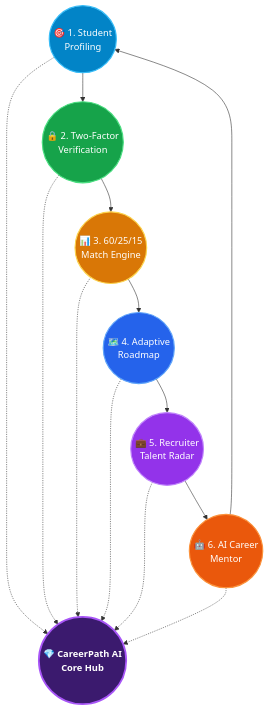
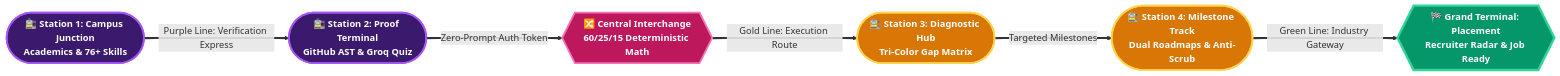
The first of 5 diagrams in docs/PPT-CONTENT.md (parthpatil1234p-svg/careerpath-ai), drawn with Mermaid before and after one commit. The commit also changed other lines of this file and 13 other files, not shown here.

Commit message:
feat(security): implement client-side encrypted storage and anti-cheating lock engine

````diff
--- a/docs/PPT-CONTENT.md
+++ b/docs/PPT-CONTENT.md
@@ -37,26 +37,21 @@
 ```mermaid
-flowchart TD
-    classDef hub fill:#3B1A6E,stroke:#A855F7,stroke-width:3px,color:#FFFFFF,font-weight:bold;
-    classDef profile fill:#0284C7,stroke:#38BDF8,stroke-width:2px,color:#FFFFFF;
-    classDef verify fill:#16A34A,stroke:#4ADE80,stroke-width:2px,color:#FFFFFF;
-    classDef math fill:#D97706,stroke:#FCD34D,stroke-width:2px,color:#FFFFFF;
-    classDef roadmap fill:#2563EB,stroke:#60A5FA,stroke-width:2px,color:#FFFFFF;
-    classDef recruiter fill:#9333EA,stroke:#C084FC,stroke-width:2px,color:#FFFFFF;
-    classDef mentor fill:#EA580C,stroke:#FB923C,stroke-width:2px,color:#FFFFFF;
+flowchart LR
+    classDef purpleLine fill:#3B1A6E,stroke:#A855F7,stroke-width:3px,color:#FFFFFF,font-weight:bold;
+    classDef goldLine fill:#D97706,stroke:#FCD34D,stroke-width:3px,color:#FFFFFF,font-weight:bold;
+    classDef greenLine fill:#16A34A,stroke:#4ADE80,stroke-width:3px,color:#FFFFFF,font-weight:bold;
+    classDef junction fill:#BE185D,stroke:#F472B6,stroke-width:3px,color:#FFFFFF,font-weight:bold;
+    classDef terminal fill:#059669,stroke:#34D399,stroke-width:4px,color:#FFFFFF,font-weight:bold;
 
-    HUB((💎 CareerPath AI<br/>Core Hub)):::hub
-    S1((🎯 1. Student<br/>Profiling)):::profile
-    S2((🔒 2. Two-Factor<br/>Verification)):::verify
-    S3((📊 3. 60/25/15<br/>Match Engine)):::math
-    S4((🗺️ 4. Adaptive<br/>Roadmap)):::roadmap
-    S5((💼 5. Recruiter<br/>Talent Radar)):::recruiter
-    S6((🤖 6. AI Career<br/>Mentor)):::mentor
+    ST1([🚉 Station 1: Campus Junction<br/>Academics &amp; 76+ Skills]):::purpleLine
+    ST2([🚉 Station 2: Proof Terminal<br/>GitHub AST &amp; Groq Quiz]):::purpleLine
+    JUNCTION{{🔀 Central Interchange<br/>60/25/15 Deterministic Math}}:::junction
+    ST3([🚉 Station 3: Diagnostic Hub<br/>Tri-Color Gap Matrix]):::goldLine
+    ST4([🚉 Station 4: Milestone Track<br/>Dual Roadmaps &amp; Anti-Scrub]):::goldLine
+    TERMINAL{{🏁 Grand Terminal: Placement<br/>Recruiter Radar &amp; Job Ready}}:::terminal
 
-    S1 --> S2 --> S3 --> S4 --> S5 --> S6 --> S1
-    S1 -.-> HUB
-    S2 -.-> HUB
-    S3 -.-> HUB
-    S4 -.-> HUB
-    S5 -.-> HUB
-    S6 -.-> HUB
+    ST1 ==>|Purple Line: Verification Express| ST2
+    ST2 ==>|Zero-Prompt Auth Token| JUNCTION
+    JUNCTION ==>|Gold Line: Execution Route| ST3
+    ST3 ==>|Targeted Milestones| ST4
+    ST4 ==>|Green Line: Industry Gateway| TERMINAL
 ```
````
